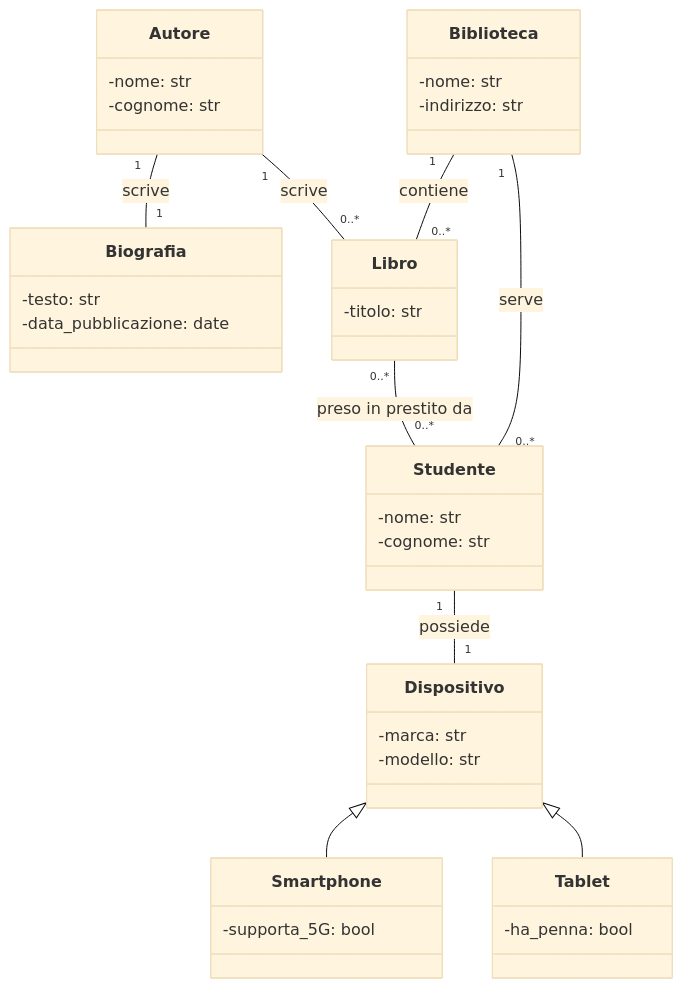
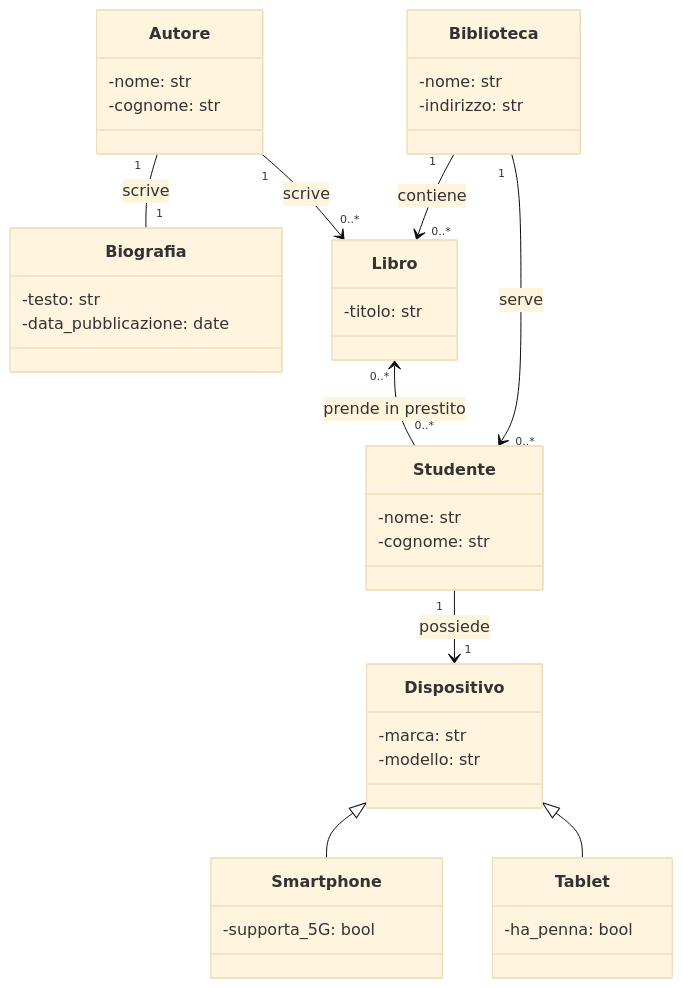
The diagram in src/e15.md (angelogalantiscuola/2425_4M), drawn with Mermaid (base theme) before and after one commit.

Commit message:
Refactor class diagram in e15.md to use appropriate arrow notation for relationships

````diff
--- a/src/e15.md
+++ b/src/e15.md
@@ -1,41 +1,41 @@
 ```mermaid
 classDiagram
     class Autore {
         -nome: str
         -cognome: str
     }
     class Biografia {
         -testo: str
         -data_pubblicazione: date
     }
     class Biblioteca {
         -nome: str
         -indirizzo: str
     }
     class Libro {
         -titolo: str
     }
     class Studente {
         -nome: str
         -cognome: str
     }
     class Dispositivo {
         -marca: str
         -modello: str
     }
     class Smartphone {
         -supporta_5G: bool
     }
     class Tablet {
         -ha_penna: bool
     }
 
     Autore "1" -- "1" Biografia : scrive
-    Autore "1" -- "0..*" Libro : scrive
-    Biblioteca "1" -- "0..*" Libro : contiene
-    Biblioteca "1" -- "0..*" Studente : serve
-    Libro "0..*" -- "0..*" Studente : preso in prestito da
-    Studente "1" -- "1" Dispositivo : possiede
+    Autore "1" --> "0..*" Libro : scrive
+    Biblioteca "1" --> "0..*" Libro : contiene
+    Biblioteca "1" --> "0..*" Studente : serve
+    Libro "0..*" <-- "0..*" Studente : prende in prestito
+    Studente "1" --> "1" Dispositivo : possiede
     Dispositivo <|-- Smartphone
     Dispositivo <|-- Tablet
 ```
````
